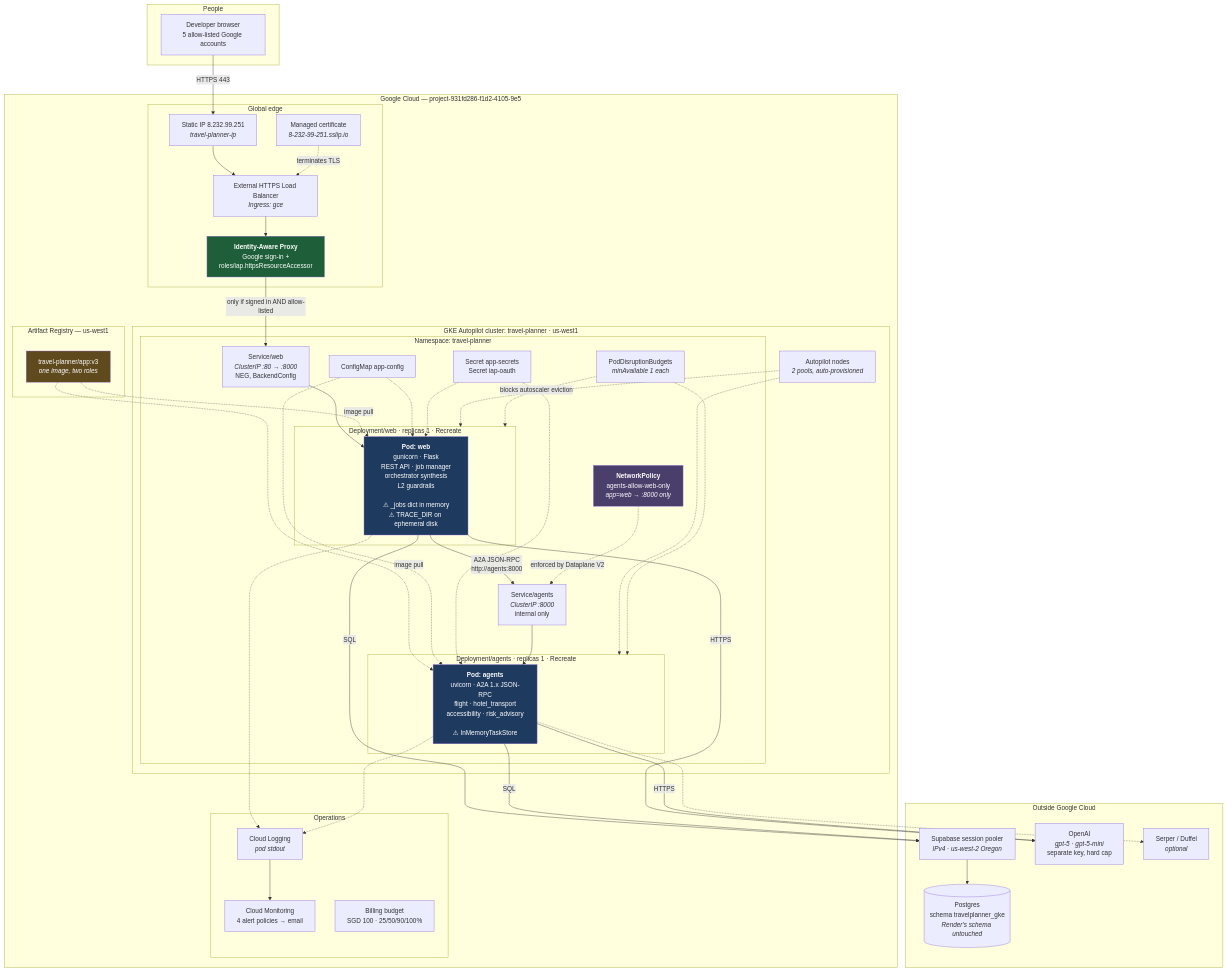
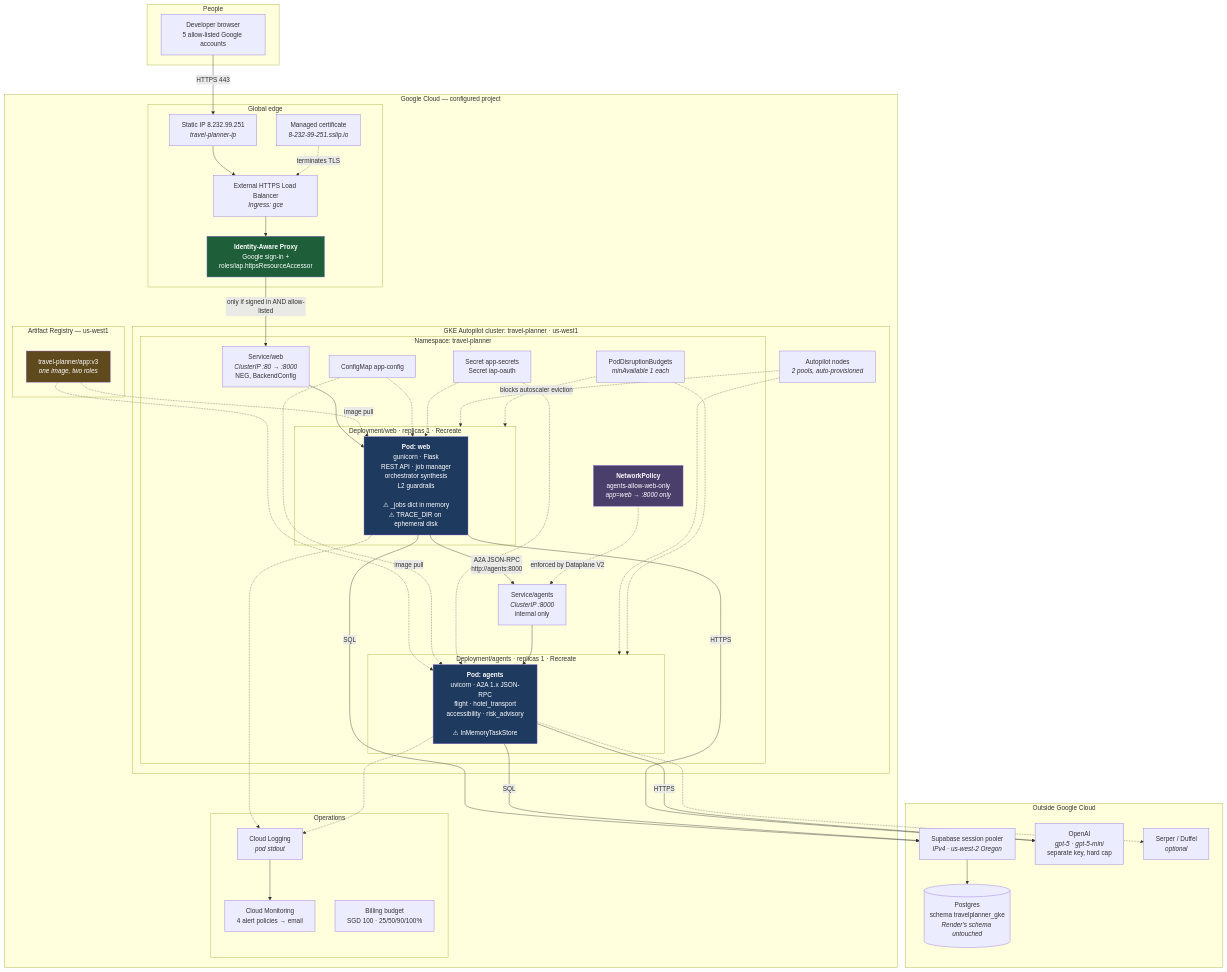
The diagram in docs/physical-architecture-gke.md (NUS-ISS-SWE5008-STACKABLE-2026-07-Team1/agentic-travel-planner), drawn with Mermaid before and after one commit. The commit also changed 22 other files, not shown here.

```diff
--- a/docs/physical-architecture-gke.md
+++ b/docs/physical-architecture-gke.md
@@ -19,7 +19,7 @@
         DEV["Developer browser<br/>5 allow-listed Google accounts"]
     end
 
-    subgraph GOOGLE["Google Cloud — project-931fd286-f1d2-4105-9e5"]
+    subgraph GOOGLE["Google Cloud — configured project"]
 
         subgraph EDGE["Global edge"]
             IP["Static IP 8.232.99.251<br/><i>travel-planner-ip</i>"]
```
